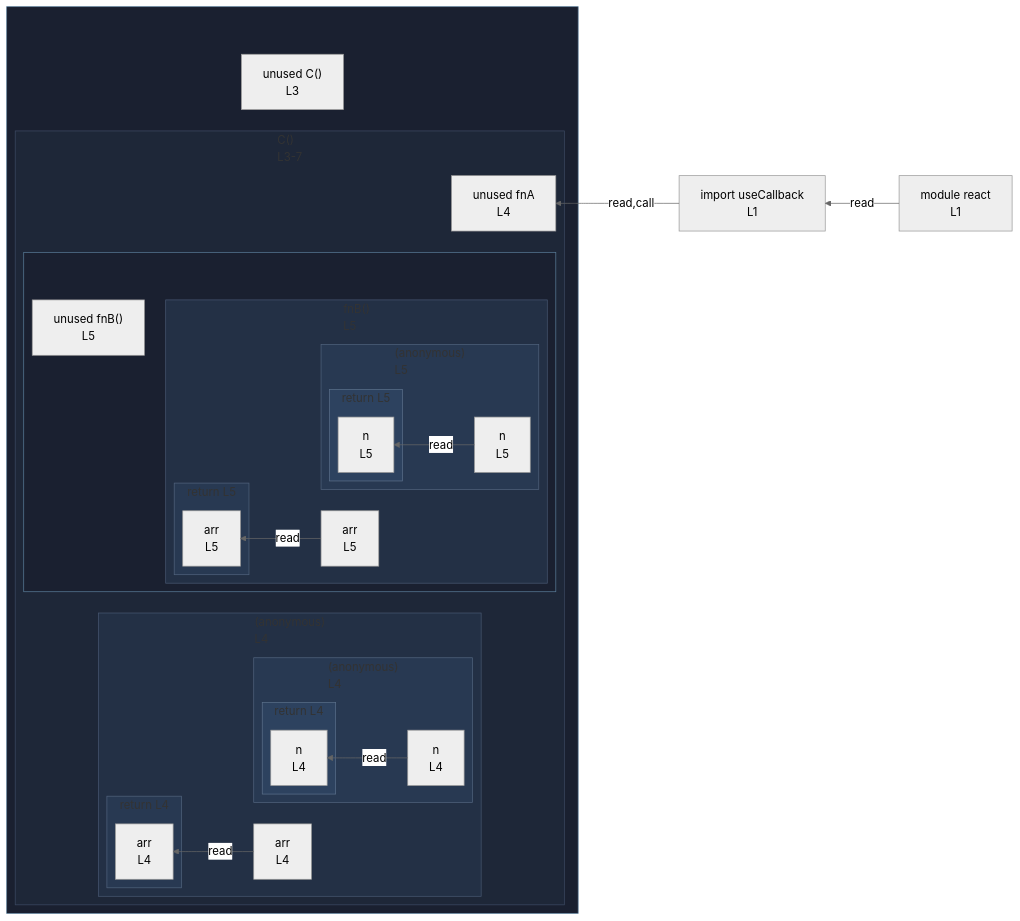
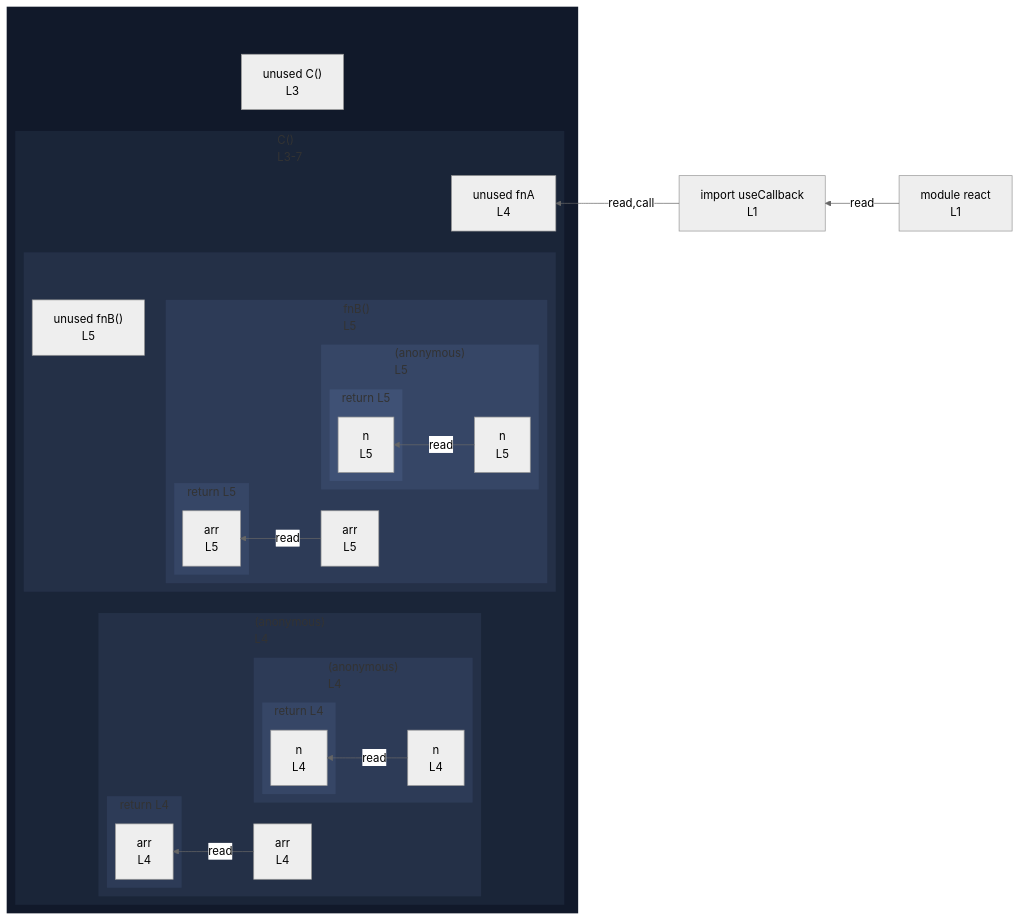
One commit to crescware/unsnarl changed the diagram in integration/fixtures/jsx/use-callback/preview.md. Above: the diagram before and after it, drawn with Mermaid (neutral theme). The commit also changed 263 other files, not shown here.

First line of the commit message:
Drop fnWrap class and color function wrappers via the nest palette

````diff
--- a/integration/fixtures/jsx/use-callback/preview.md
+++ b/integration/fixtures/jsx/use-callback/preview.md
@@ -17,72 +17,73 @@
 ```mermaid
 %%{init: {"flowchart": {"defaultRenderer": "elk"}}}%%
 flowchart RL
   n_scope_0_useCallback_9["import useCallback<br/>L1"]
   subgraph wrap_s_scope_1[" "]
     direction TB
     n_scope_0_C_44["unused C()<br/>L3"]
     subgraph s_scope_1["C()<br/>L3-7"]
       direction RL
       n_scope_1_fnA_64["unused fnA<br/>L4"]
       subgraph s_scope_2["(anonymous)<br/>L4"]
         direction RL
         n_scope_2_arr_83["arr<br/>L4"]
         subgraph s_scope_3["(anonymous)<br/>L4"]
           direction RL
           n_scope_3_n_110["n<br/>L4"]
           subgraph s_return_scope_0_C_44_116_121["return L4"]
             direction RL
             ret_use_ref_4["n<br/>L4"]
           end
         end
         subgraph s_return_scope_0_C_44_101_122["return L4"]
           direction RL
           ret_use_ref_3["arr<br/>L4"]
         end
       end
       subgraph wrap_s_scope_4[" "]
         direction TB
         n_scope_1_fnB_137["unused fnB()<br/>L5"]
         subgraph s_scope_4["fnB()<br/>L5"]
           direction RL
           n_scope_4_arr_144["arr<br/>L5"]
           subgraph s_scope_5["(anonymous)<br/>L5"]
             direction RL
             n_scope_5_n_171["n<br/>L5"]
             subgraph s_return_scope_1_fnB_137_177_182["return L5"]
               direction RL
               ret_use_ref_7["n<br/>L5"]
             end
           end
           subgraph s_return_scope_1_fnB_137_162_183["return L5"]
             direction RL
             ret_use_ref_6["arr<br/>L5"]
           end
         end
       end
     end
   end
   n_scope_0_useCallback_9 -->|read,call| n_scope_1_fnA_64
   n_scope_2_arr_83 -->|read| ret_use_ref_3
   n_scope_3_n_110 -->|read| ret_use_ref_4
   n_scope_4_arr_144 -->|read| ret_use_ref_6
   n_scope_5_n_171 -->|read| ret_use_ref_7
   mod_react["module react<br/>L1"]
   mod_react -->|read| n_scope_0_useCallback_9
-  classDef fnWrap fill:#1a2030,stroke:#5a7d99;
-  class wrap_s_scope_1 fnWrap;
-  class wrap_s_scope_4 fnWrap;
-  classDef nestL1 fill:#1e2738,stroke:#3d4a63;
-  class s_scope_1 nestL1;
-  classDef nestL2 fill:#233045,stroke:#475670;
-  class s_scope_2 nestL2;
-  class s_scope_4 nestL2;
-  classDef nestL3 fill:#283952,stroke:#51637d;
-  class s_scope_3 nestL3;
-  class s_return_scope_0_C_44_101_122 nestL3;
-  class s_scope_5 nestL3;
-  class s_return_scope_1_fnB_137_162_183 nestL3;
-  classDef nestL4 fill:#2d425f,stroke:#5b708a;
-  class s_return_scope_0_C_44_116_121 nestL4;
-  class s_return_scope_1_fnB_137_177_182 nestL4;
+  classDef nestL1 fill:#11192a,stroke:transparent;
+  class wrap_s_scope_1 nestL1;
+  classDef nestL2 fill:#1a2538,stroke:transparent;
+  class s_scope_1 nestL2;
+  classDef nestL3 fill:#243047,stroke:transparent;
+  class s_scope_2 nestL3;
+  class wrap_s_scope_4 nestL3;
+  classDef nestL4 fill:#2d3b57,stroke:transparent;
+  class s_scope_3 nestL4;
+  class s_return_scope_0_C_44_101_122 nestL4;
+  class s_scope_4 nestL4;
+  classDef nestL5 fill:#364666,stroke:transparent;
+  class s_return_scope_0_C_44_116_121 nestL5;
+  class s_scope_5 nestL5;
+  class s_return_scope_1_fnB_137_162_183 nestL5;
+  classDef nestL6 fill:#3f5175,stroke:transparent;
+  class s_return_scope_1_fnB_137_177_182 nestL6;
 ```
````
